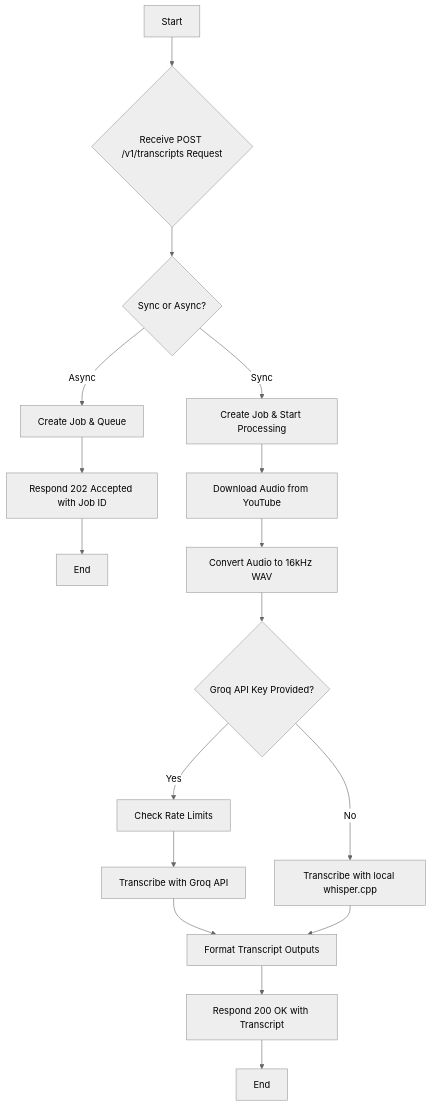
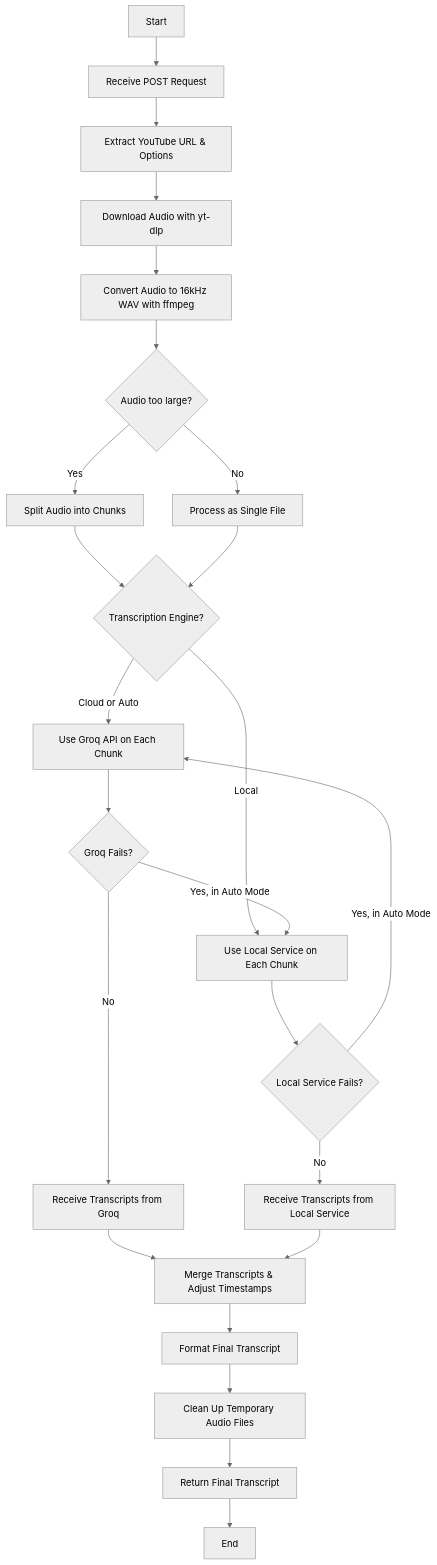
The diagram in WORKFLOW.md (devtitus/YouTube-Transcripts-Using-Whisper), drawn with Mermaid (neutral theme) before and after one commit. The commit also changed other lines of this file and 15 other files, not shown here.

````diff
--- a/WORKFLOW.md
+++ b/WORKFLOW.md
@@ -5,24 +9,26 @@
 ```mermaid
 graph TD
-    A[Start] --> B{Receive POST /v1/transcripts Request};
-    B --> C{Sync or Async?};
-    C -->|Async| D[Create Job & Queue];
-    D --> E[Respond 202 Accepted with Job ID];
-    E --> F[End];
-    
-    C -->|Sync| G[Create Job & Start Processing];
-    G --> H[Download Audio from YouTube];
-    H --> I[Convert Audio to 16kHz WAV];
-    I --> J{Groq API Key Provided?};
-    
-    J -->|Yes| K[Check Rate Limits];
-    K --> L[Transcribe with Groq API];
-    L --> M[Format Transcript Outputs];
-    
-    J -->|No| N[Transcribe with local whisper.cpp];
-    N --> M;
-    
-    M --> O[Respond 200 OK with Transcript];
-    O --> P[End];
-
+    A[Start] --> B[Receive POST Request];
+    B --> C[Extract YouTube URL & Options];
+    C --> D[Download Audio with yt-dlp];
+    D --> E[Convert Audio to 16kHz WAV with ffmpeg];
+    E --> F{Audio too large?};
+    F -- Yes --> G[Split Audio into Chunks];
+    F -- No --> H[Process as Single File];
+    G --> I{Transcription Engine?};
+    H --> I;
+    I -- Cloud or Auto --> J[Use Groq API on Each Chunk];
+    I -- Local --> K[Use Local Service on Each Chunk];
+    J --> L{Groq Fails?};
+    L -- Yes, in Auto Mode --> K;
+    L -- No --> M[Receive Transcripts from Groq];
+    K --> N{Local Service Fails?};
+    N -- Yes, in Auto Mode --> J;
+    N -- No --> O[Receive Transcripts from Local Service];
+    M --> P[Merge Transcripts & Adjust Timestamps];
+    O --> P;
+    P --> Q[Format Final Transcript];
+    Q --> R[Clean Up Temporary Audio Files];
+    R --> S[Return Final Transcript];
+    S --> T[End];
 ```
````
